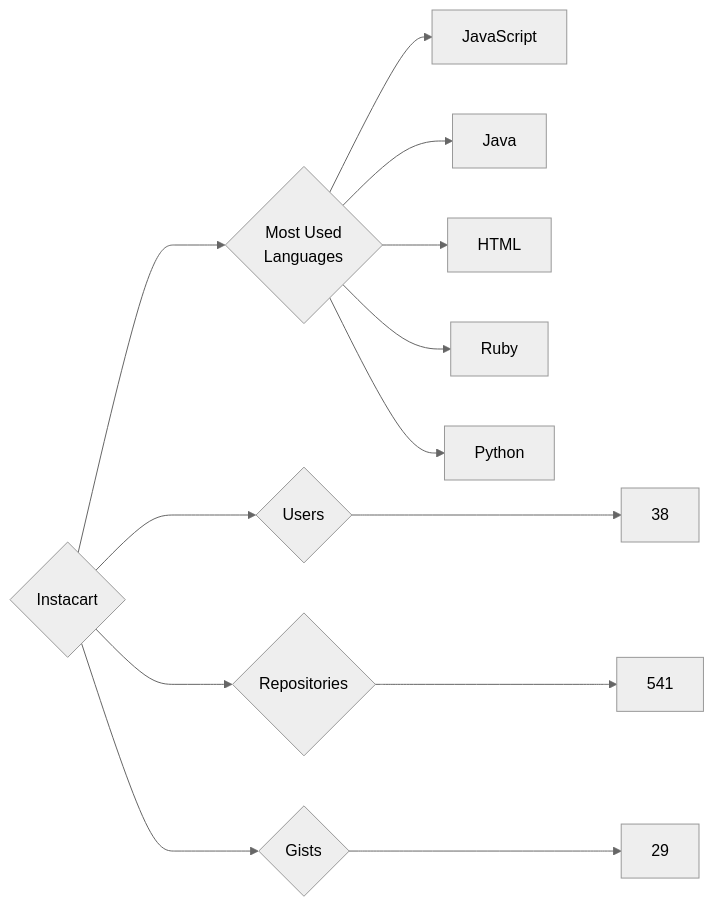
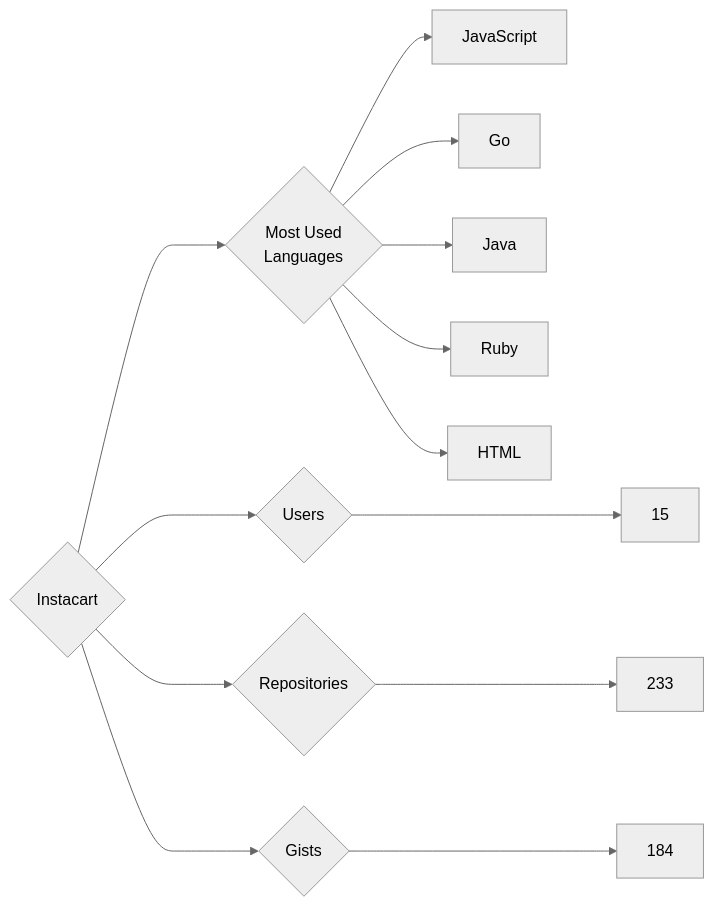
The diagram in targets/Instacart/README.md (trickest/insiders), drawn with Mermaid (neutral theme) before and after one commit. The commit also changed 847 other files, not shown here.

````diff
--- a/targets/Instacart/README.md
+++ b/targets/Instacart/README.md
@@ -3,13 +3,13 @@
 ```mermaid
 graph LR
 COMPANY_NAME{Instacart}
-COMPANY_NAME ---> U{Users} ---> UN[38]
-COMPANY_NAME ---> R{Repositories} ---> RN[541]
-COMPANY_NAME ---> G{Gists} ---> GN[29]
+COMPANY_NAME ---> U{Users} ---> UN[15]
+COMPANY_NAME ---> R{Repositories} ---> RN[233]
+COMPANY_NAME ---> G{Gists} ---> GN[184]
 COMPANY_NAME ---> ML{Most Used<br>Languages}
 ML --> JavaScript[JavaScript]
+ML --> Go[Go]
 ML --> Java[Java]
+ML --> Ruby[Ruby]
 ML --> HTML[HTML]
-ML --> Ruby[Ruby]
-ML --> Python[Python]
 ```
````
